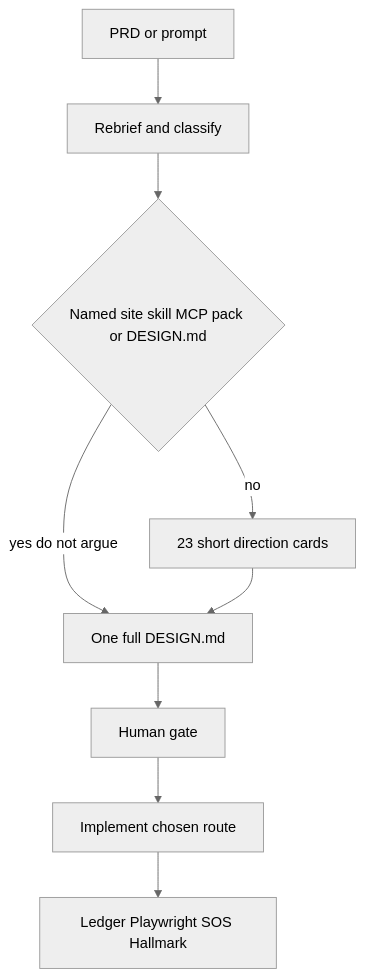
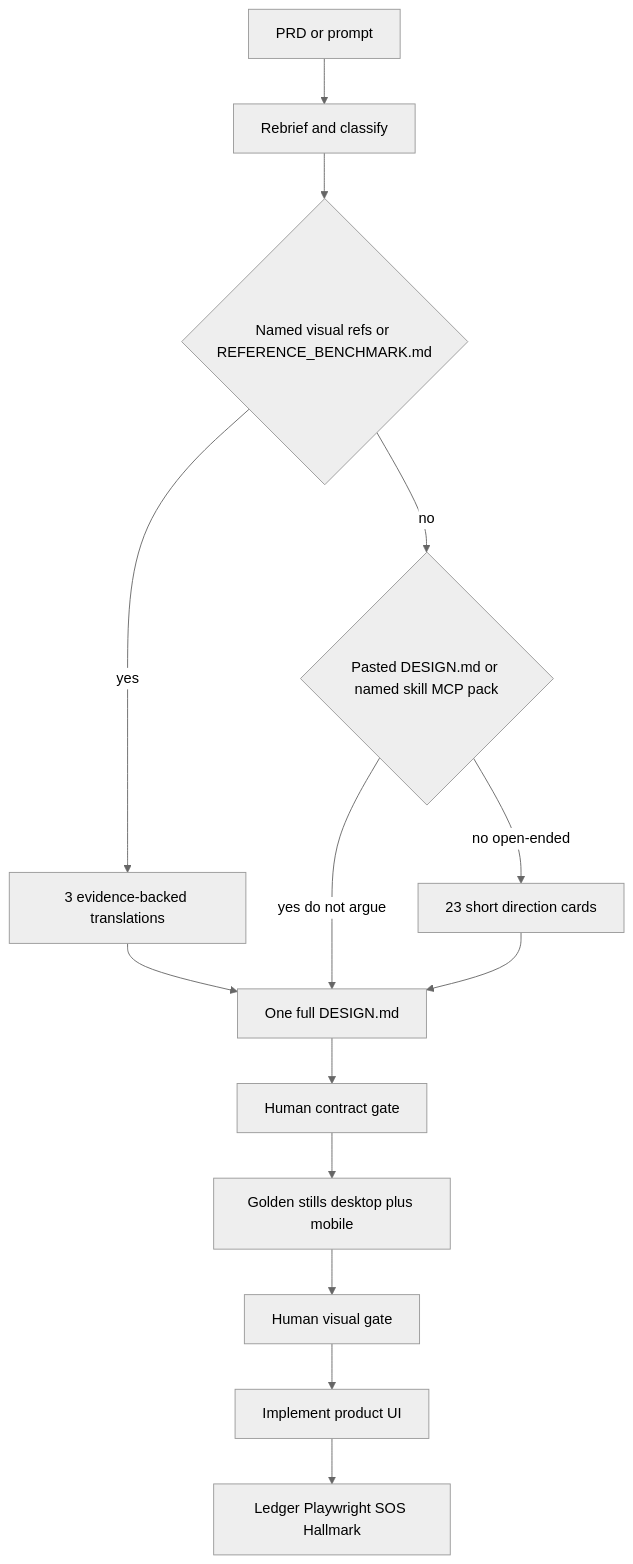
One commit to mahik504/orchestra-workflow changed the diagram in protocols/DESIGN_LAB_PROTOCOL.md. Above: the diagram before and after it, drawn with Mermaid (neutral theme). The commit also changed other lines of this file and 67 other files, not shown here.

Commit message:
﻿Lock product UI behind golden stills and stop 23-card surveys when a visual reference is already named.

````diff
--- a/protocols/DESIGN_LAB_PROTOCOL.md
+++ b/protocols/DESIGN_LAB_PROTOCOL.md
@@ -24,15 +26,21 @@
 ```mermaid
 flowchart TD
   prompt[PRD or prompt]
   brief[Rebrief and classify]
-  named{Named site skill MCP pack or DESIGN.md}
+  visual{Named visual refs or REFERENCE_BENCHMARK.md}
+  pasted{Pasted DESIGN.md or named skill MCP pack}
+  three[3 evidence-backed translations]
   survey[23 short direction cards]
   oneD[One full DESIGN.md]
-  gate[Human gate]
-  impl[Implement chosen route]
+  contract[Human contract gate]
+  stills[Golden stills desktop plus mobile]
+  visualGate[Human visual gate]
+  impl[Implement product UI]
   verify[Ledger Playwright SOS Hallmark]
-  prompt --> brief --> named
-  named -->|yes do not argue| oneD
-  named -->|no| survey --> oneD
-  oneD --> gate --> impl --> verify
+  prompt --> brief --> visual
+  visual -->|yes| three --> oneD
+  visual -->|no| pasted
+  pasted -->|yes do not argue| oneD
+  pasted -->|no open-ended| survey --> oneD
+  oneD --> contract --> stills --> visualGate --> impl --> verify
 ```
````
